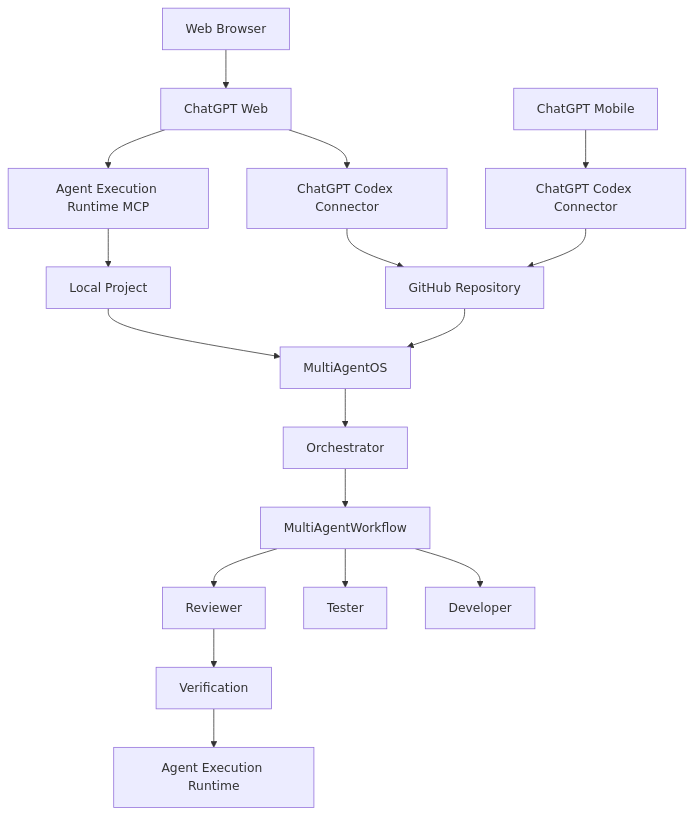
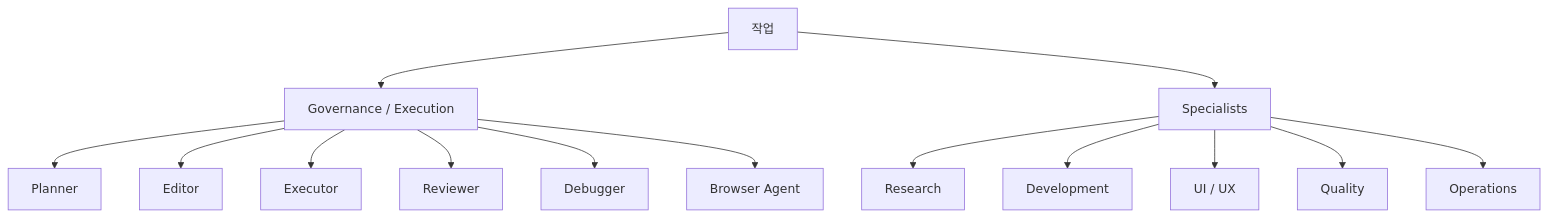
Before and after one commit to eaglesjo/MultiAgentOS: the second of 7 diagrams in README.ko.md, drawn with Mermaid. The commit also changed other lines of this file, not shown here.

````diff
--- a/README.ko.md
+++ b/README.ko.md
@@ -49,19 +57,17 @@
-```mermaid
+~~~mermaid
 flowchart TB
-    WEB["Web Browser"] --> CHATWEB["ChatGPT Web"]
-    CHATWEB --> CONNECTOR["ChatGPT Codex Connector"]
-    CHATWEB --> MCP["Agent Execution Runtime MCP"]
-    CONNECTOR --> GH["GitHub Repository"]
-    MCP --> PROJECT["Local Project"]
-    MOBILE["ChatGPT Mobile"] --> MOBILE_CONNECTOR["ChatGPT Codex Connector"]
-    MOBILE_CONNECTOR --> GH
-    GH --> MAOS["MultiAgentOS"]
-    PROJECT --> MAOS
-    MAOS --> ORCH["Orchestrator"]
-    ORCH --> WORKFLOW["MultiAgentWorkflow"]
-    WORKFLOW --> DEV["Developer"]
-    WORKFLOW --> TEST["Tester"]
-    WORKFLOW --> REVIEW["Reviewer"]
-    REVIEW --> VERIFY["Verification"]
-    VERIFY --> RUNTIME["Agent Execution Runtime"]
-```
+    TASK["작업"]
+    TASK --> GOV["Governance / Execution"]
+    TASK --> SPEC["Specialists"]
+    GOV --> PLAN["Planner"]
+    GOV --> EDIT["Editor"]
+    GOV --> EXEC["Executor"]
+    GOV --> REVIEW["Reviewer"]
+    GOV --> DEBUG["Debugger"]
+    GOV --> BROWSER["Browser Agent"]
+    SPEC --> RESEARCH["Research"]
+    SPEC --> DEVELOPMENT["Development"]
+    SPEC --> UI["UI / UX"]
+    SPEC --> QUALITY["Quality"]
+    SPEC --> OPS["Operations"]
+~~~
````
